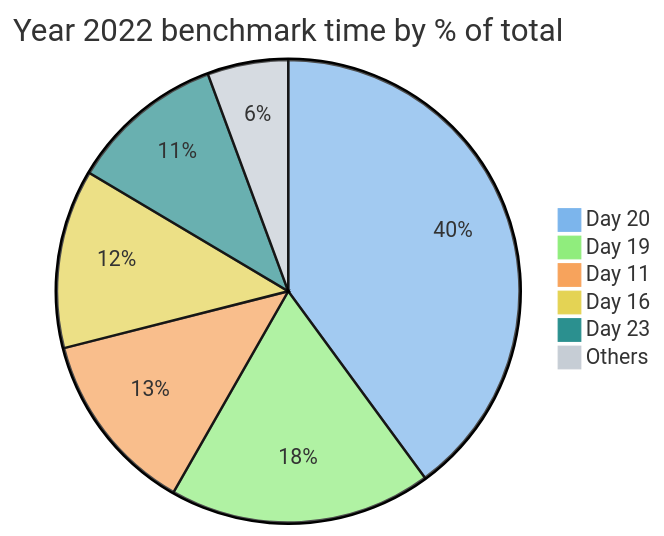
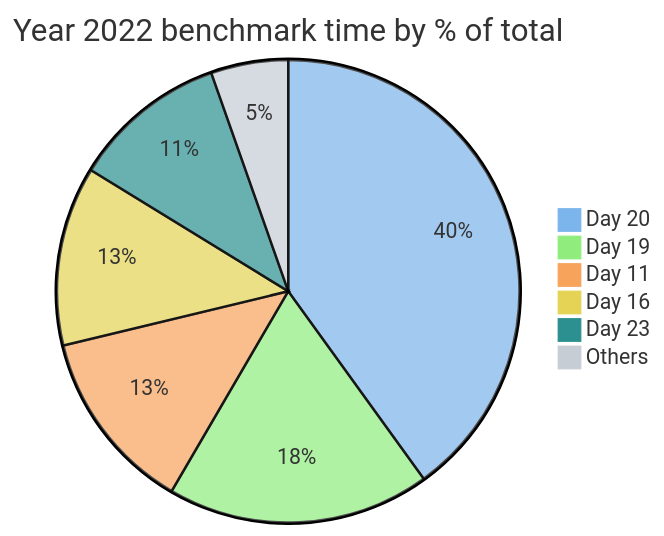
The second of 4 diagrams in README.md (maneatingape/advent-of-code-rust), drawn with Mermaid before and after one commit. The commit also changed other lines of this file and 1 other file, not shown here.

Commit message:
Speed up by not recalculating state as often

````diff
--- a/README.md
+++ b/README.md
@@ -61,11 +61,11 @@
 ```mermaid
 %%{init: {'theme': 'base', 'themeVariables': { 'pie1': '#7cb5ec', 'pie2': '#90ed7d', 'pie3': '#f7a35c', 'pie4': '#e4d354', 'pie5': '#2b908f', 'pie6': '#c6cdd5'}}}%%
 pie
     title Year 2022 benchmark time by % of total
     "Day 20" : 7449
     "Day 19" : 3416
     "Day 11" : 2386
     "Day 16" : 2331
     "Day 23" : 2017
-    "Others" : 1052
+    "Others" : 1004
 ```
````
